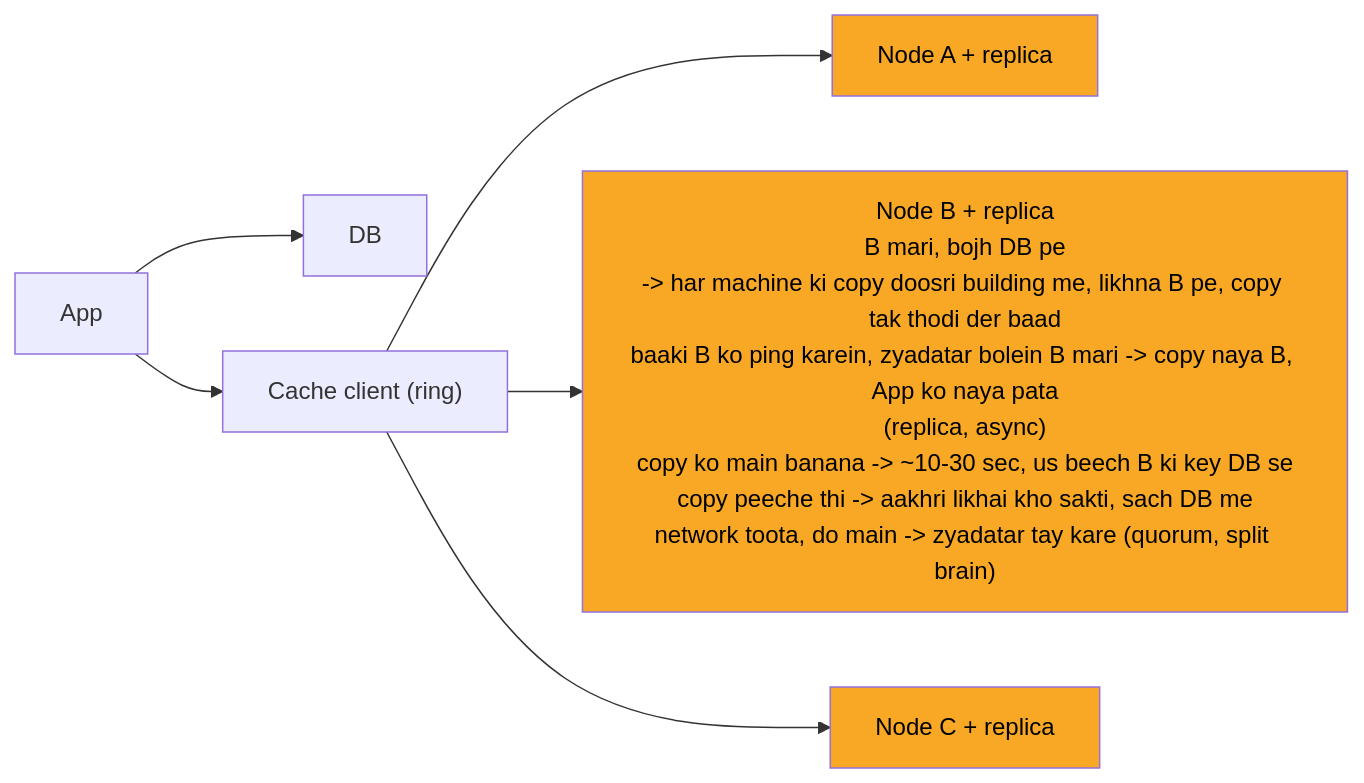
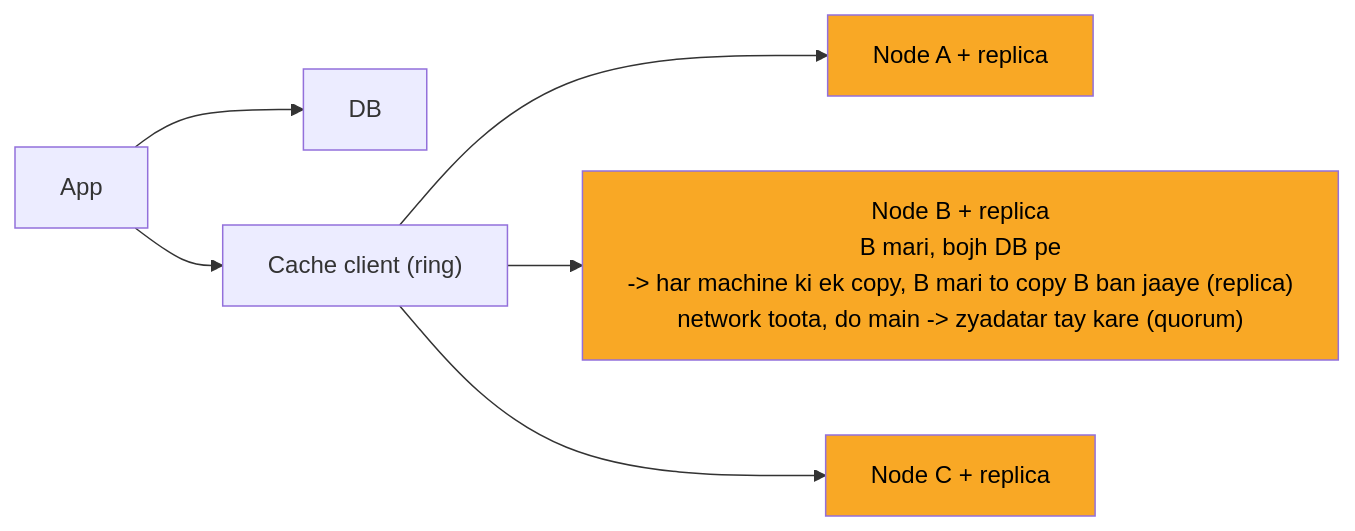
Before and after one commit to ArpanMaheshwari144/Prep: the diagram in 04_HLD/SYSTEM_DESIGNS/10_distributed_cache/img/c3.mmd, drawn with Mermaid. The commit also changed 17 other files, not shown here.

```diff
--- a/04_HLD/SYSTEM_DESIGNS/10_distributed_cache/img/c3.mmd
+++ b/04_HLD/SYSTEM_DESIGNS/10_distributed_cache/img/c3.mmd
@@ -1,16 +1,16 @@
 %%{init: {"flowchart": {"wrappingWidth": 450}}}%%
 flowchart LR
     n_App["App"]
     n_DB["DB"]
     n_Cache_client["Cache client (ring)"]
     n_Node_A_replica["Node A + replica"]
-    n_Node_B_replica["Node B + replica<br/>B mari, bojh DB pe<br/>-> har machine ki copy doosri building me, likhna B pe, copy tak thodi der baad<br/>baaki B ko ping karein, zyadatar bolein B mari -> copy naya B, App ko naya pata<br/>(replica, async)<br/>copy ko main banana -> ~10-30 sec, us beech B ki key DB se<br/>copy peeche thi -> aakhri likhai kho sakti, sach DB me<br/>network toota, do main -> zyadatar tay kare (quorum, split brain)"]
+    n_Node_B_replica["Node B + replica<br/>B mari, bojh DB pe<br/>-> har machine ki ek copy, B mari to copy B ban jaaye (replica)<br/>network toota, do main -> zyadatar tay kare (quorum)"]
     n_Node_C_replica["Node C + replica"]
     n_App --> n_DB
     n_App --> n_Cache_client
     n_Cache_client --> n_Node_A_replica
     n_Cache_client --> n_Node_B_replica
     n_Cache_client --> n_Node_C_replica
     style n_Node_A_replica fill:#f9a825,color:#000
     style n_Node_B_replica fill:#f9a825,color:#000
     style n_Node_C_replica fill:#f9a825,color:#000
```
